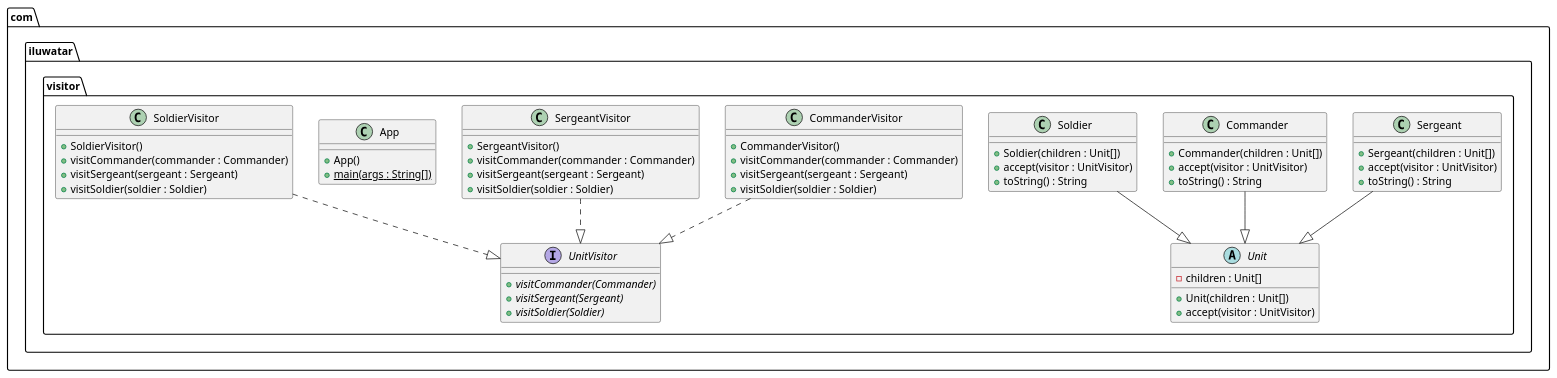
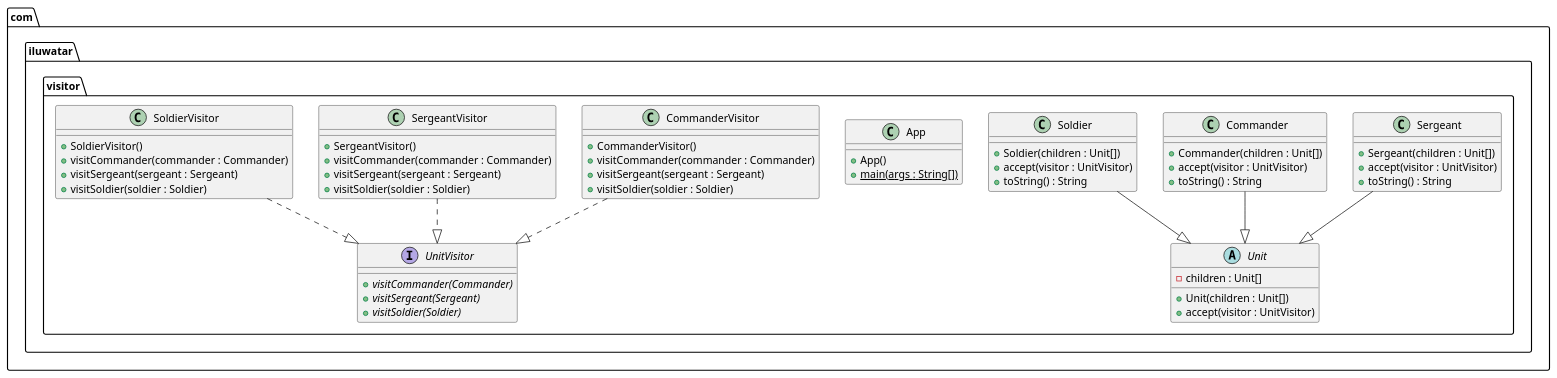
One commit to NatalieSty/java-design-patterns changed the diagram in visitor/etc/visitor.urm.puml. Above: the diagram before and after it, drawn with PlantUML. The commit also changed other lines of this file and 77 other files, not shown here.

Commit message:
UML generation: Mark the urm-maven-plugin execution to be ignored in Eclipse and recreate all .puml files

```diff
--- a/visitor/etc/visitor.urm.puml
+++ b/visitor/etc/visitor.urm.puml
@@ -1,57 +1,57 @@
 @startuml
 package com.iluwatar.visitor {
+  class Commander {
+    + Commander(children : Unit[])
+    + accept(visitor : UnitVisitor)
+    + toString() : String
+  }
+  interface UnitVisitor {
+    + visitCommander(Commander) {abstract}
+    + visitSergeant(Sergeant) {abstract}
+    + visitSoldier(Soldier) {abstract}
+  }
   class CommanderVisitor {
     + CommanderVisitor()
+    + visitCommander(commander : Commander)
+    + visitSergeant(sergeant : Sergeant)
+    + visitSoldier(soldier : Soldier)
+  }
+  class Soldier {
+    + Soldier(children : Unit[])
+    + accept(visitor : UnitVisitor)
+    + toString() : String
+  }
+  class App {
+    + App()
+    + main(args : String[]) {static}
+  }
+  abstract class Unit {
+    - children : Unit[]
+    + Unit(children : Unit[])
+    + accept(visitor : UnitVisitor)
+  }
+  class SoldierVisitor {
+    + SoldierVisitor()
+    + visitCommander(commander : Commander)
+    + visitSergeant(sergeant : Sergeant)
+    + visitSoldier(soldier : Soldier)
+  }
+  class SergeantVisitor {
+    + SergeantVisitor()
     + visitCommander(commander : Commander)
     + visitSergeant(sergeant : Sergeant)
     + visitSoldier(soldier : Soldier)
   }
   class Sergeant {
     + Sergeant(children : Unit[])
     + accept(visitor : UnitVisitor)
     + toString() : String
   }
-  class Commander {
-    + Commander(children : Unit[])
-    + accept(visitor : UnitVisitor)
-    + toString() : String
-  }
-  abstract class Unit {
-    - children : Unit[]
-    + Unit(children : Unit[])
-    + accept(visitor : UnitVisitor)
-  }
-  class Soldier {
-    + Soldier(children : Unit[])
-    + accept(visitor : UnitVisitor)
-    + toString() : String
-  }
-  class SergeantVisitor {
-    + SergeantVisitor()
-    + visitCommander(commander : Commander)
-    + visitSergeant(sergeant : Sergeant)
-    + visitSoldier(soldier : Soldier)
-  }
-  interface UnitVisitor {
-    + visitCommander(Commander) {abstract}
-    + visitSergeant(Sergeant) {abstract}
-    + visitSoldier(Soldier) {abstract}
-  }
-  class App {
-    + App()
-    + main(args : String[]) {static}
-  }
-  class SoldierVisitor {
-    + SoldierVisitor()
-    + visitCommander(commander : Commander)
-    + visitSergeant(sergeant : Sergeant)
-    + visitSoldier(soldier : Soldier)
-  }
 }
+Commander --|> Unit 
 CommanderVisitor ..|> UnitVisitor 
+Soldier --|> Unit 
+SoldierVisitor ..|> UnitVisitor 
+SergeantVisitor ..|> UnitVisitor 
 Sergeant --|> Unit 
-Commander --|> Unit 
-Soldier --|> Unit 
-SergeantVisitor ..|> UnitVisitor 
-SoldierVisitor ..|> UnitVisitor 
 @enduml
```
